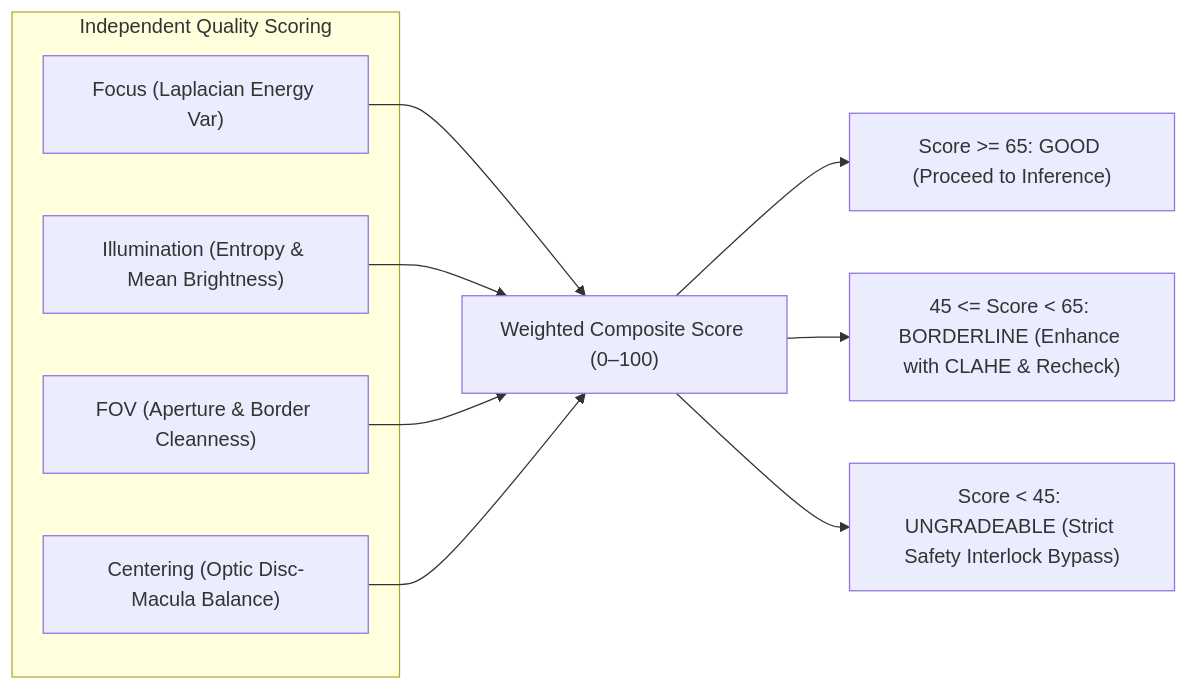
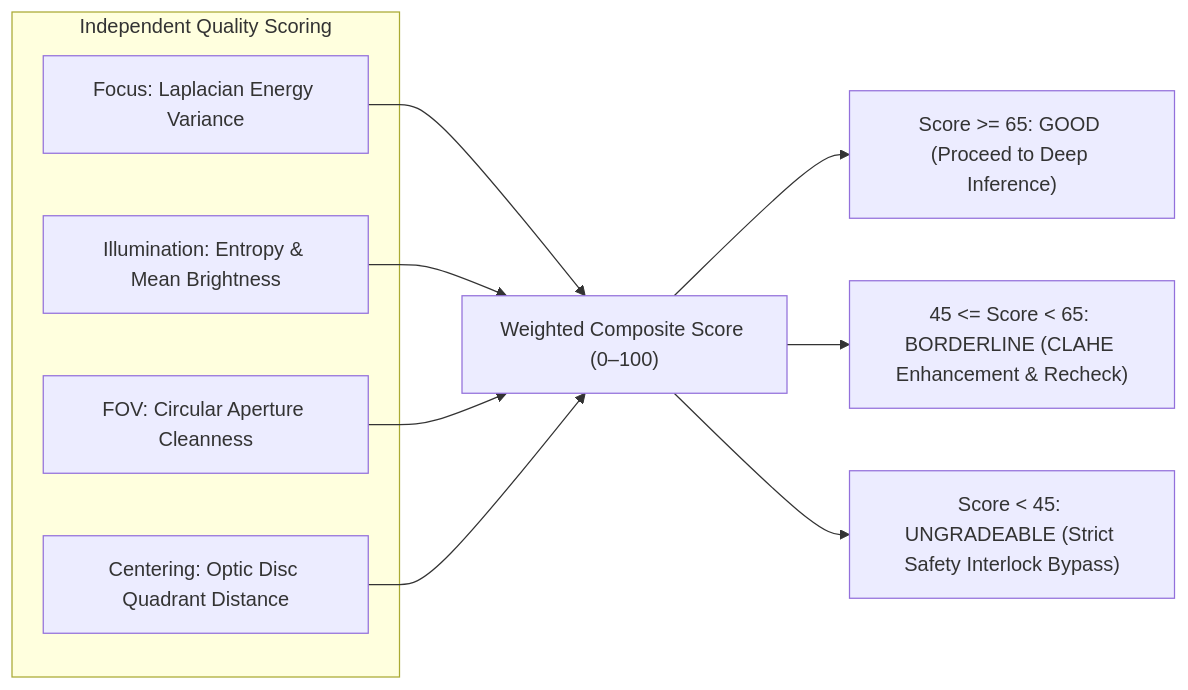
One commit to Daksh-create349/sih-dr-screening-xai changed the second of 2 diagrams in README.md. Above: the diagram before and after it, drawn with Mermaid. The commit also changed other lines of this file and 4 other files, not shown here.

````diff
--- a/README.md
+++ b/README.md
@@ -319,15 +332,15 @@
 ```mermaid
 graph LR
     subgraph IQA_METRICS ["Independent Quality Scoring"]
-        M1["Focus (Laplacian Energy Var)"]
-        M2["Illumination (Entropy & Mean Brightness)"]
-        M3["FOV (Aperture & Border Cleanness)"]
-        M4["Centering (Optic Disc-Macula Balance)"]
+        M1["Focus: Laplacian Energy Variance"]
+        M2["Illumination: Entropy & Mean Brightness"]
+        M3["FOV: Circular Aperture Cleanness"]
+        M4["Centering: Optic Disc Quadrant Distance"]
     end
     
     M1 & M2 & M3 & M4 --> COMP["Weighted Composite Score (0–100)"]
     
-    COMP --> G1["Score >= 65: GOOD (Proceed to Inference)"]
-    COMP --> G2["45 <= Score < 65: BORDERLINE (Enhance with CLAHE & Recheck)"]
+    COMP --> G1["Score >= 65: GOOD (Proceed to Deep Inference)"]
+    COMP --> G2["45 <= Score < 65: BORDERLINE (CLAHE Enhancement & Recheck)"]
     COMP --> G3["Score < 45: UNGRADEABLE (Strict Safety Interlock Bypass)"]
 ```
````
